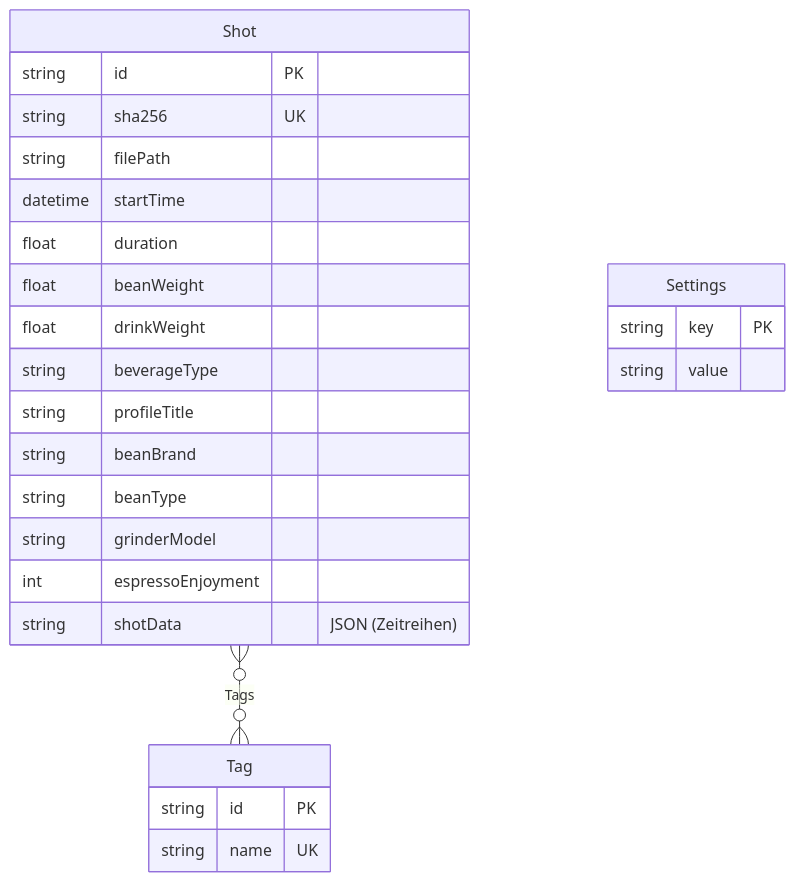
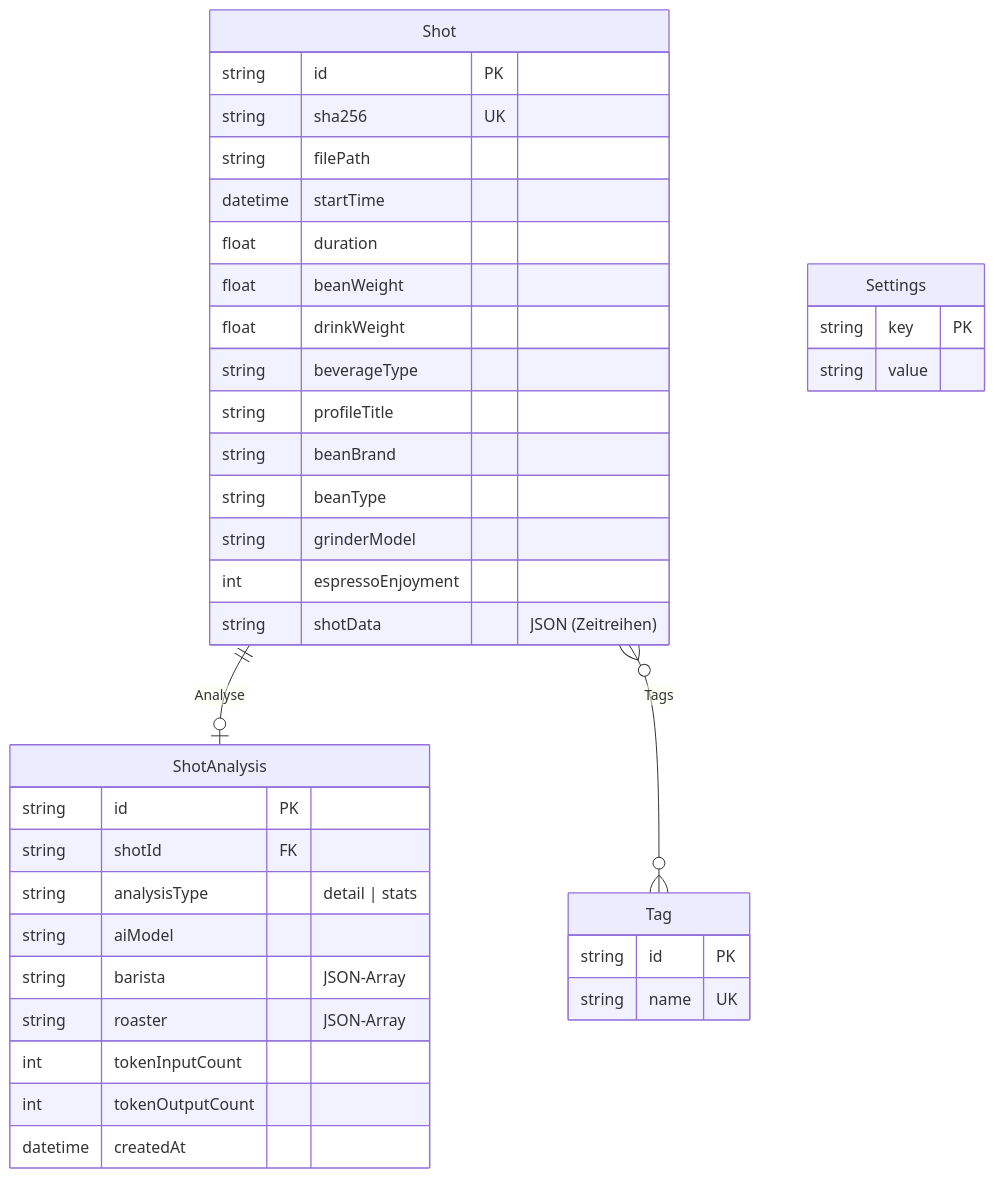
One commit to TomSchmidtDev/visualizer-lite changed the fourth of 4 diagrams in README.de.md. Above: the diagram before and after it, drawn with Mermaid. The commit also changed other lines of this file and 1 other file, not shown here.

First line of the commit message:
docs: fix Key Features filter, update Architecture for AI analysis

````diff
--- a/README.de.md
+++ b/README.de.md
@@ -363,28 +370,40 @@
 ```mermaid
 erDiagram
     Shot {
         string  id           PK
         string  sha256       UK
         string  filePath
         datetime startTime
         float   duration
         float   beanWeight
         float   drinkWeight
         string  beverageType
         string  profileTitle
         string  beanBrand
         string  beanType
         string  grinderModel
         int     espressoEnjoyment
         string  shotData     "JSON (Zeitreihen)"
     }
+    ShotAnalysis {
+        string   id              PK
+        string   shotId          FK
+        string   analysisType    "detail | stats"
+        string   aiModel
+        string   barista         "JSON-Array"
+        string   roaster         "JSON-Array"
+        int      tokenInputCount
+        int      tokenOutputCount
+        datetime createdAt
+    }
     Tag {
         string id   PK
         string name UK
     }
     Settings {
         string key   PK
         string value
     }
+    Shot ||--o| ShotAnalysis : "Analyse"
     Shot }o--o{ Tag : "Tags"
 ```
````
